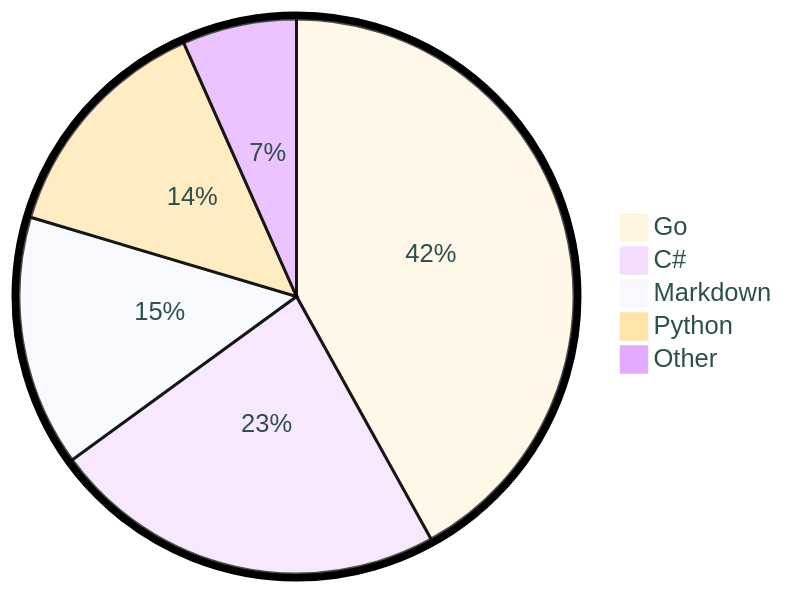
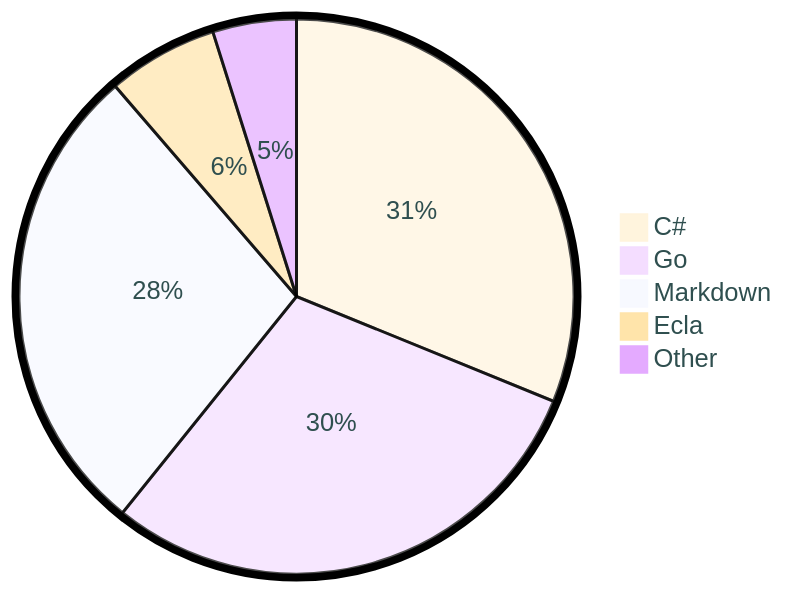
The diagram in README.md (tot0p/tot0p), drawn with Mermaid before and after one commit. The commit also changed other lines of this file, not shown here.

````diff
--- a/README.md
+++ b/README.md
@@ -83,9 +79,9 @@
 ```mermaid
 %%{init: {"pie": {"textPosition": 0.5}, "themeVariables": {"pieOuterStrokeWidth": "5px","primaryTextColor" : "#2F4F4F"},"theme":"base"} }%%
 pie
-	"Go": 41.94
-	"C#": 23.04
-	"Markdown": 14.63
-	"Python": 13.73
-	"Other": 6.659999999999999
+	"C#": 31.16
+	"Go": 29.62
+	"Markdown": 27.9
+	"Ecla": 6.45
+	"Other": 4.869999999999999
 ```
````
